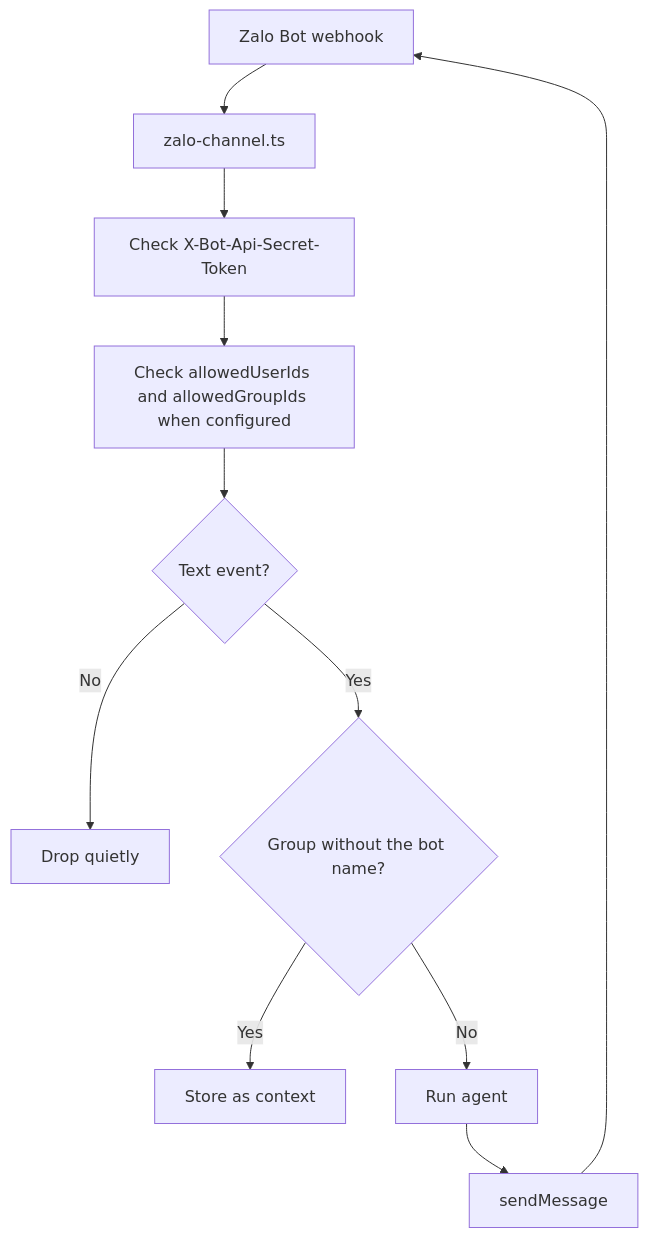
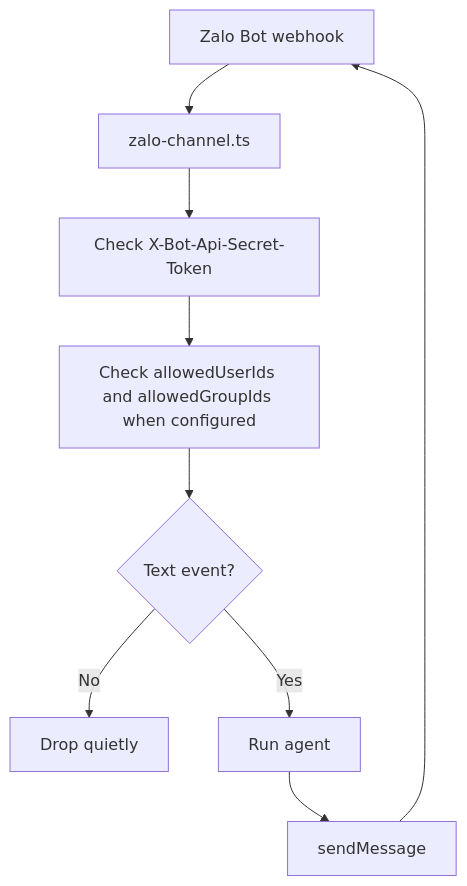
Before and after one commit to beeblastco/broods: the diagram in apps/docs/docs/channels/zalo.md, drawn with Mermaid. The commit also changed 2 other files, not shown here.

Commit message:
fix(channels): harden Zalo group replies

````diff
--- a/apps/docs/docs/channels/zalo.md
+++ b/apps/docs/docs/channels/zalo.md
@@ -59,13 +59,11 @@
 ```mermaid
 flowchart TD
   Zalo["Zalo Bot webhook"] --> Adapter["zalo-channel.ts"]
   Adapter --> Auth["Check X-Bot-Api-Secret-Token"]
   Auth --> Allow["Check allowedUserIds and allowedGroupIds when configured"]
   Allow --> Type{"Text event?"}
   Type -- No --> Drop["Drop quietly"]
-  Type -- Yes --> Addressed{"Group without the bot name?"}
-  Addressed -- Yes --> Context["Store as context"]
-  Addressed -- No --> Agent["Run agent"]
+  Type -- Yes --> Agent["Run agent"]
   Agent --> Reply["sendMessage"]
   Reply --> Zalo
 ```
````
